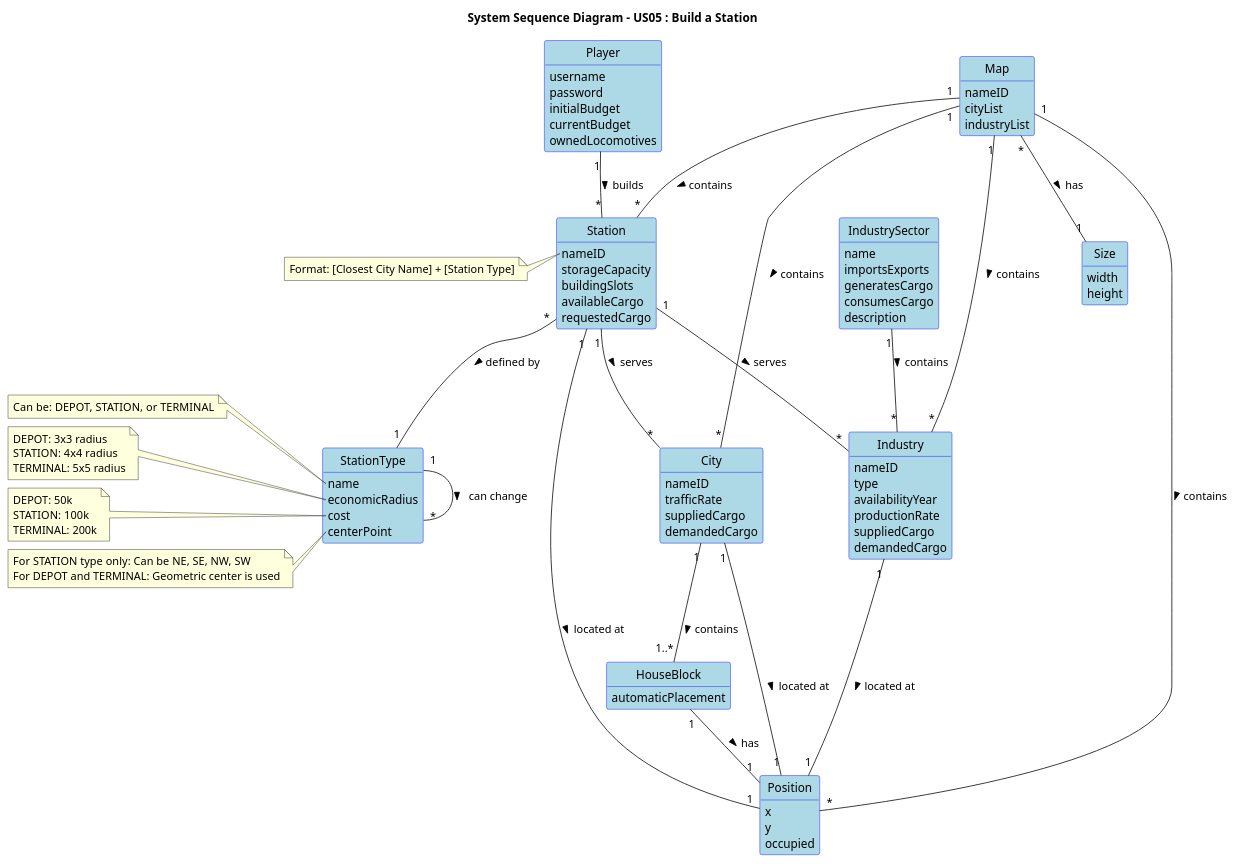
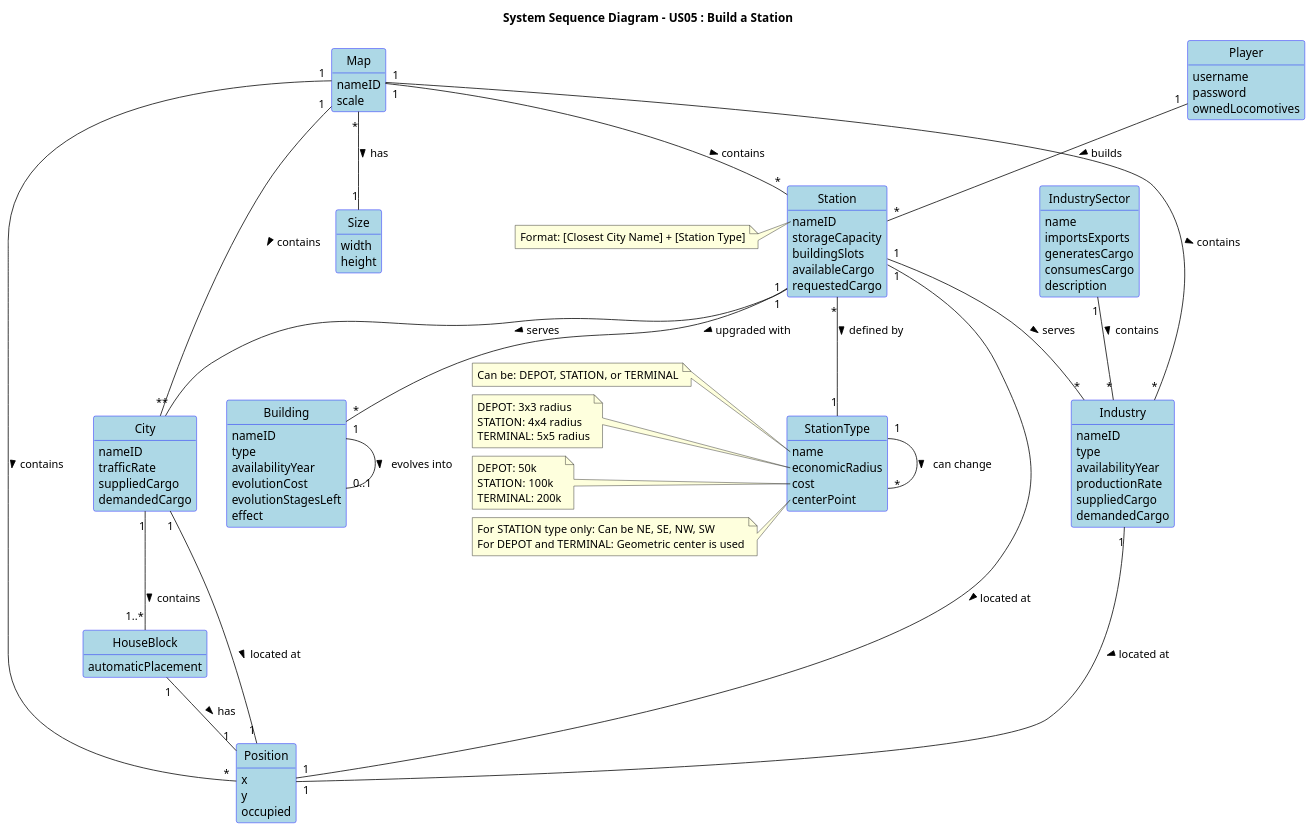
Before and after one commit to HenriqueSilva18/Railway-Network-Simulator: the diagram in docs/system-documentation/Sprint 3/US05/02.analysis/puml/US05-DM.puml, drawn with PlantUML. The commit also changed 4 other files, not shown here.

```diff
--- a/docs/system-documentation/Sprint 3/US05/02.analysis/puml/US05-DM.puml
+++ b/docs/system-documentation/Sprint 3/US05/02.analysis/puml/US05-DM.puml
@@ -1,129 +1,138 @@
 @startuml
 skinparam shadowing false
 skinparam classAttributeIconSize 0
 skinparam class {
   BackgroundColor LightBlue
   BorderColor Blue
 }
 hide circle
 hide methods
 
 title "System Sequence Diagram - US05 : Build a Station"
 
 class Player {
   username
   password
-  initialBudget
-  currentBudget
   ownedLocomotives
 }
 
 class Map {
   nameID
-  cityList
-  industryList
+  scale
 }
 
 class City {
   nameID
   trafficRate
   suppliedCargo
   demandedCargo
 }
 
 class Industry {
   nameID
   type
   availabilityYear
   productionRate
   suppliedCargo
   demandedCargo
 }
 
 class IndustrySector {
   name
   importsExports
   generatesCargo
   consumesCargo
   description
 }
 
 class Position {
   x
   y
   occupied
 }
 
 class Size {
   width
   height
 }
 
 class Station {
   nameID
   storageCapacity
   buildingSlots
   availableCargo
   requestedCargo
 }
 
 class StationType {
   name
   economicRadius
   cost
   centerPoint
 }
+class Building {
+  nameID
+  type
+  availabilityYear
+  evolutionCost
+  evolutionStagesLeft
+  effect
+}
 
 class HouseBlock {
   automaticPlacement
 }
+
+
 
 
 note left of Station::nameID
   Format: [Closest City Name] + [Station Type]
 end note
 
 note left of StationType::name
   Can be: DEPOT, STATION, or TERMINAL
 end note
 
 note left of StationType::economicRadius
   DEPOT: 3x3 radius
   STATION: 4x4 radius
   TERMINAL: 5x5 radius
 end note
 
 note left of StationType::cost
   DEPOT: 50k
   STATION: 100k
   TERMINAL: 200k
 end note
 
 note left of StationType::centerPoint
   For STATION type only: Can be NE, SE, NW, SW
   For DEPOT and TERMINAL: Geometric center is used
 end note
 
 ' Relationships with corrected multiplicities
 Player "1" -- "*" Station : builds >
 City "1" -- "1" Position : located at >
 Industry "1" -- "1" Position : located at >
 Map "1" -- "*" City : contains >
 Map "1" -- "*" Industry : contains >
 Map "1" -- "*" Position : contains >
 Map "1" -- "*" Station : contains >
 Map "*" -- "1" Size : has >
 Station "1" -- "*" City : serves >
 Station "1" -- "*" Industry : serves >
 Station "1" -- "1" Position : located at >
 
 City "1" -- "1..*" HouseBlock : contains >
 HouseBlock "1" -- "1" Position : has >
 
 IndustrySector "1" -- "*" Industry : contains >
 Station "*" -- "1" StationType : defined by >
 
 StationType "1" -- "*" StationType : can change >
+Station "1" -- "*" Building : upgraded with >
+Building "1" -- "0..1" Building : evolves into >
 
 
 @enduml
```
